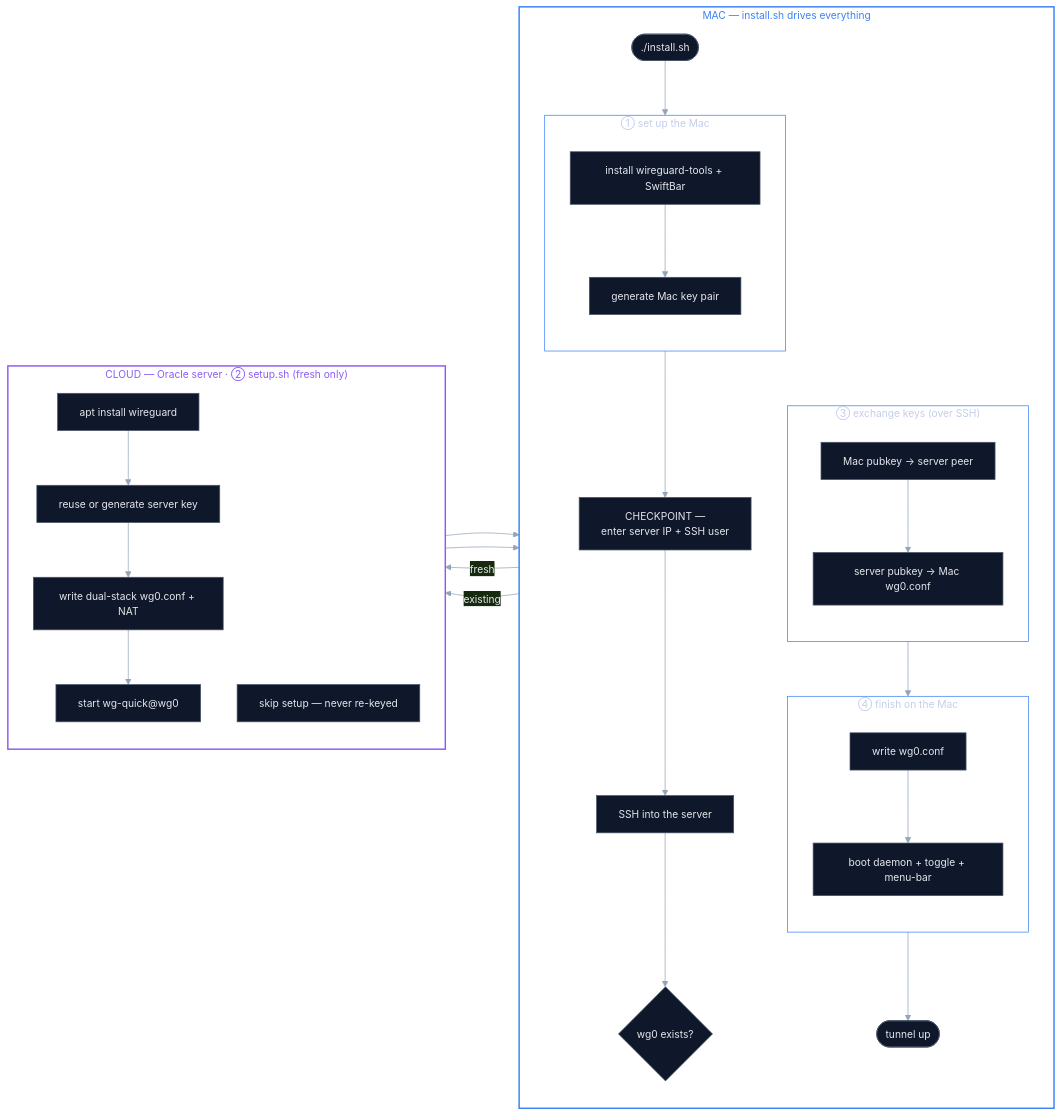
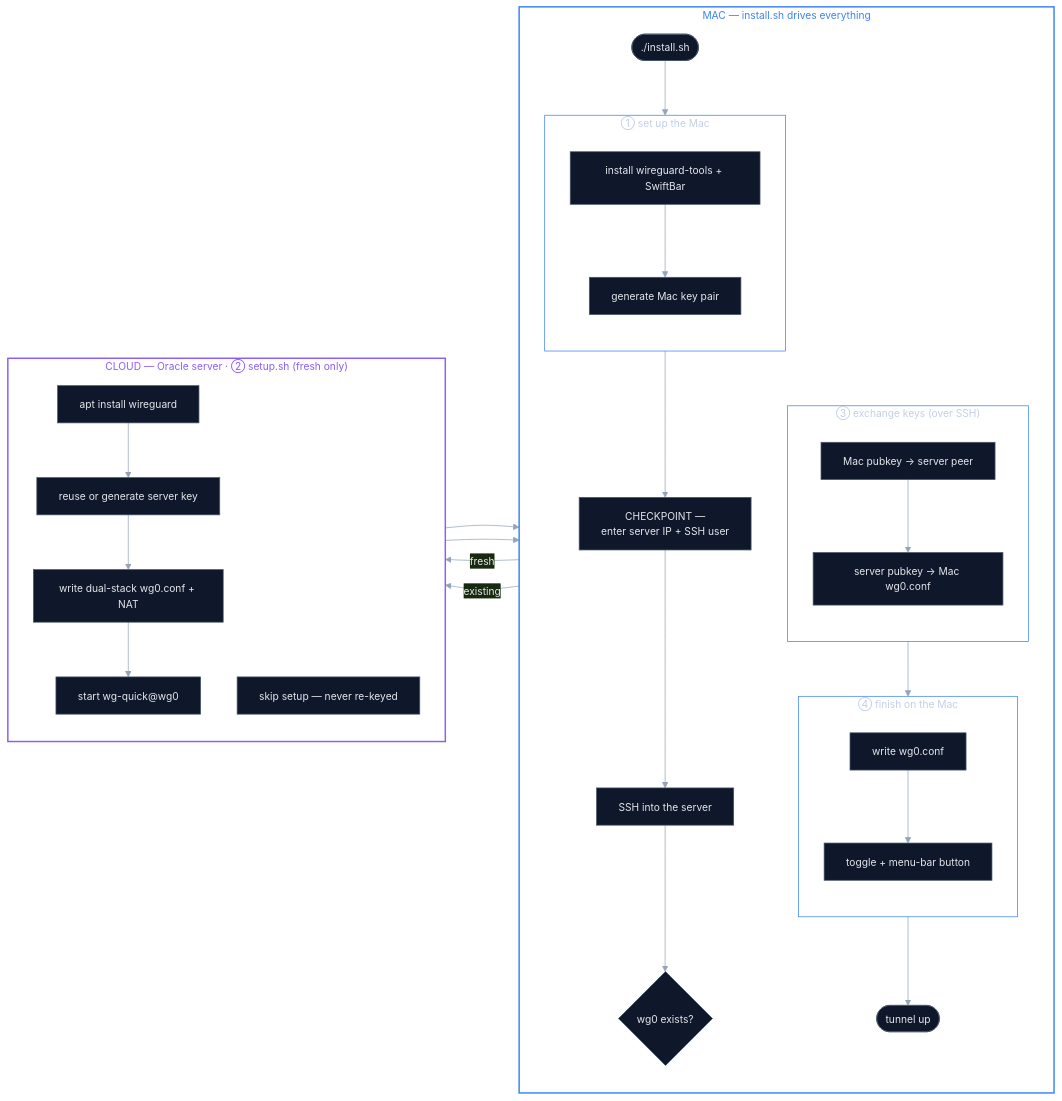
The diagram in README.md (codereyinish/ColdVPN), drawn with Mermaid before and after one commit. The commit also changed other lines of this file and 6 other files, not shown here.

First line of the commit message:
Client VPN is now manual (off after reboot) — drop the boot LaunchDaemon

````diff
--- a/README.md
+++ b/README.md
@@ -65,45 +66,45 @@
 ```mermaid
 %%{init: {'theme':'base','themeVariables':{'primaryColor':'#0f172a','primaryTextColor':'#e5e7eb','primaryBorderColor':'#475569','lineColor':'#94a3b8','fontSize':'14px'}}}%%
 flowchart LR
     subgraph MAC["MAC — install.sh drives everything"]
         direction TB
         Start(["./install.sh"]) --> S1
         S1 --> CP["CHECKPOINT —<br/>enter server IP + SSH user"]
         CP --> SSH["SSH into the server"]
         SSH --> Q{"wg0 exists?"}
         S3 --> S4
         S4 --> Done(["tunnel up"])
 
         subgraph S1["① set up the Mac"]
             direction TB
             a1["install wireguard-tools + SwiftBar"] --> a2["generate Mac key pair"]
         end
         subgraph S3["③ exchange keys (over SSH)"]
             direction TB
             c1["Mac pubkey → server peer"] --> c2["server pubkey → Mac wg0.conf"]
         end
         subgraph S4["④ finish on the Mac"]
             direction TB
-            d1["write wg0.conf"] --> d2["boot daemon + toggle + menu-bar"]
+            d1["write wg0.conf"] --> d2["toggle + menu-bar button"]
         end
     end
 
     Q -->|"fresh"| b1
     Q -->|"existing"| SKIP
     b4 --> S3
     SKIP --> S3
 
     subgraph ORACLE["CLOUD — Oracle server · ② setup.sh (fresh only)"]
         direction TB
         b1["apt install wireguard"] --> b2["reuse or generate server key"]
         b2 --> b3["write dual-stack wg0.conf + NAT"]
         b3 --> b4["start wg-quick@wg0"]
         SKIP["skip setup — never re-keyed"]
     end
 
     style MAC fill:none,stroke:#3b82f6,stroke-width:2px,color:#3b82f6
     style ORACLE fill:none,stroke:#8b5cf6,stroke-width:2px,color:#8b5cf6
     style S1 fill:none,stroke:#3b82f6
     style S3 fill:none,stroke:#3b82f6
     style S4 fill:none,stroke:#3b82f6
 ```
````
